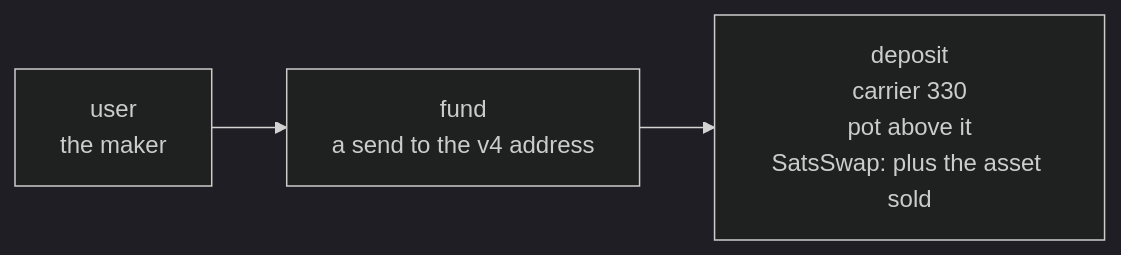
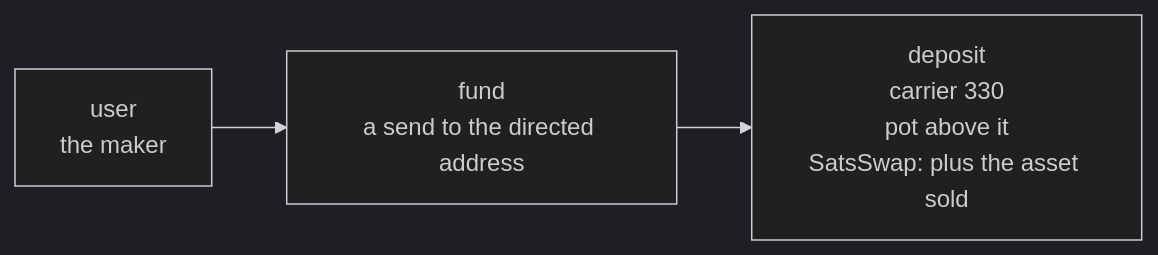
One commit to arkade-os/ts-sdk changed the first of 4 diagrams in packages/swap/src/contracts/README.md. Above: the diagram before and after it, drawn with Mermaid (dark theme). The commit also changed other lines of this file and 23 other files, not shown here.

````diff
--- a/packages/swap/src/contracts/README.md
+++ b/packages/swap/src/contracts/README.md
@@ -9,5 +10,5 @@
 ```mermaid
 flowchart LR
-  user["user<br/>the maker"] --> fund["fund<br/>a send to the v4 address"]
+  user["user<br/>the maker"] --> fund["fund<br/>a send to the directed address"]
   fund --> deposit["deposit<br/>carrier 330<br/>pot above it<br/>SatsSwap: plus the asset sold"]
 ```
````
